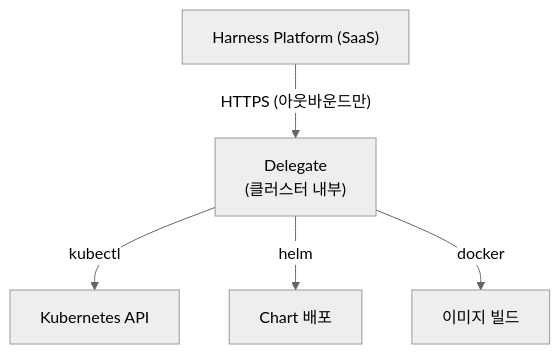
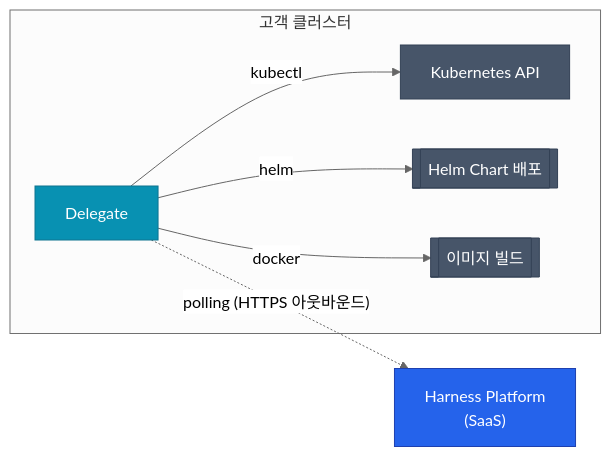
The diagram in _posts/2026-04-08-harness-01-overview.md (No1Joon/No1Joon.github.io), drawn with Mermaid (neutral theme) before and after one commit. The commit also changed 1 other file, not shown here.

Commit message:
Harness 01·02 다이어그램에 색상 클래스와 subgraph 적용

````diff
--- a/_posts/2026-04-08-harness-01-overview.md
+++ b/_posts/2026-04-08-harness-01-overview.md
@@ -86,12 +86,23 @@
 ```mermaid
-flowchart TD
-    P["Harness Platform (SaaS)"]
-    D["Delegate<br/>(클러스터 내부)"]
-    K["Kubernetes API"]
-    H["Chart 배포"]
-    I["이미지 빌드"]
-    P -->|"HTTPS (아웃바운드만)"| D
+flowchart LR
+    P["Harness Platform<br/>(SaaS)"]
+    subgraph cluster["고객 클러스터"]
+        D["Delegate"]
+        K["Kubernetes API"]
+        H[["Helm Chart 배포"]]
+        I[["이미지 빌드"]]
+    end
+
+    D -. "polling (HTTPS 아웃바운드)" .-> P
     D -->|kubectl| K
     D -->|helm| H
     D -->|docker| I
+
+    classDef primary fill:#2563eb,stroke:#1e40af,color:#ffffff
+    classDef info fill:#0891b2,stroke:#0e7490,color:#ffffff
+    classDef neutral fill:#475569,stroke:#334155,color:#ffffff
+
+    class P primary
+    class D info
+    class K,H,I neutral
 ```
````
